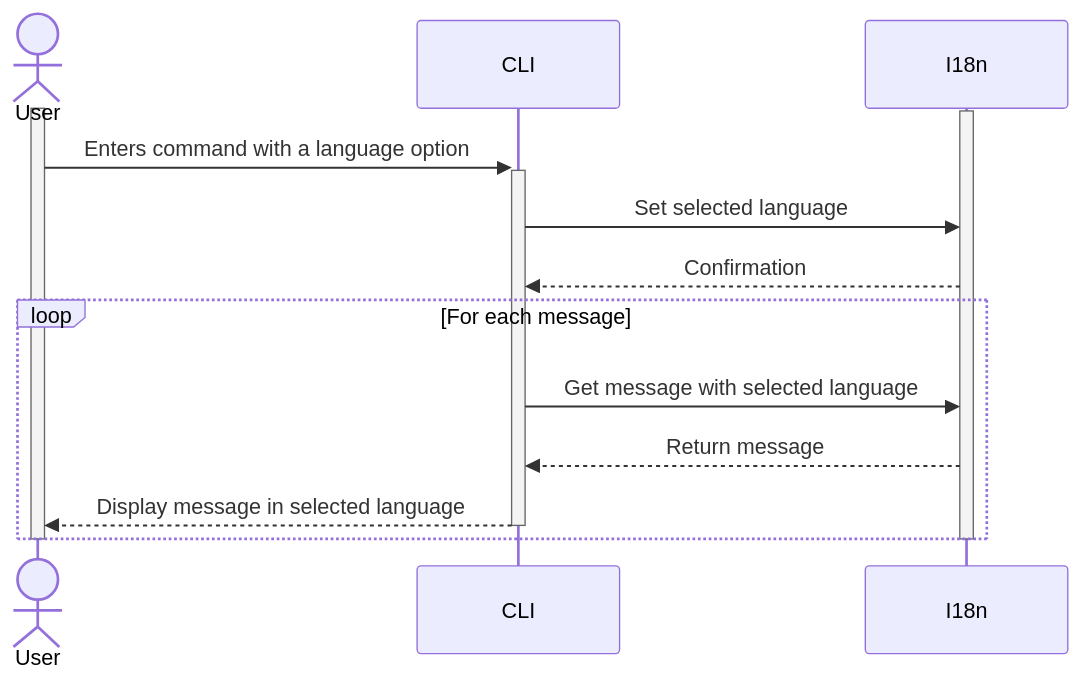
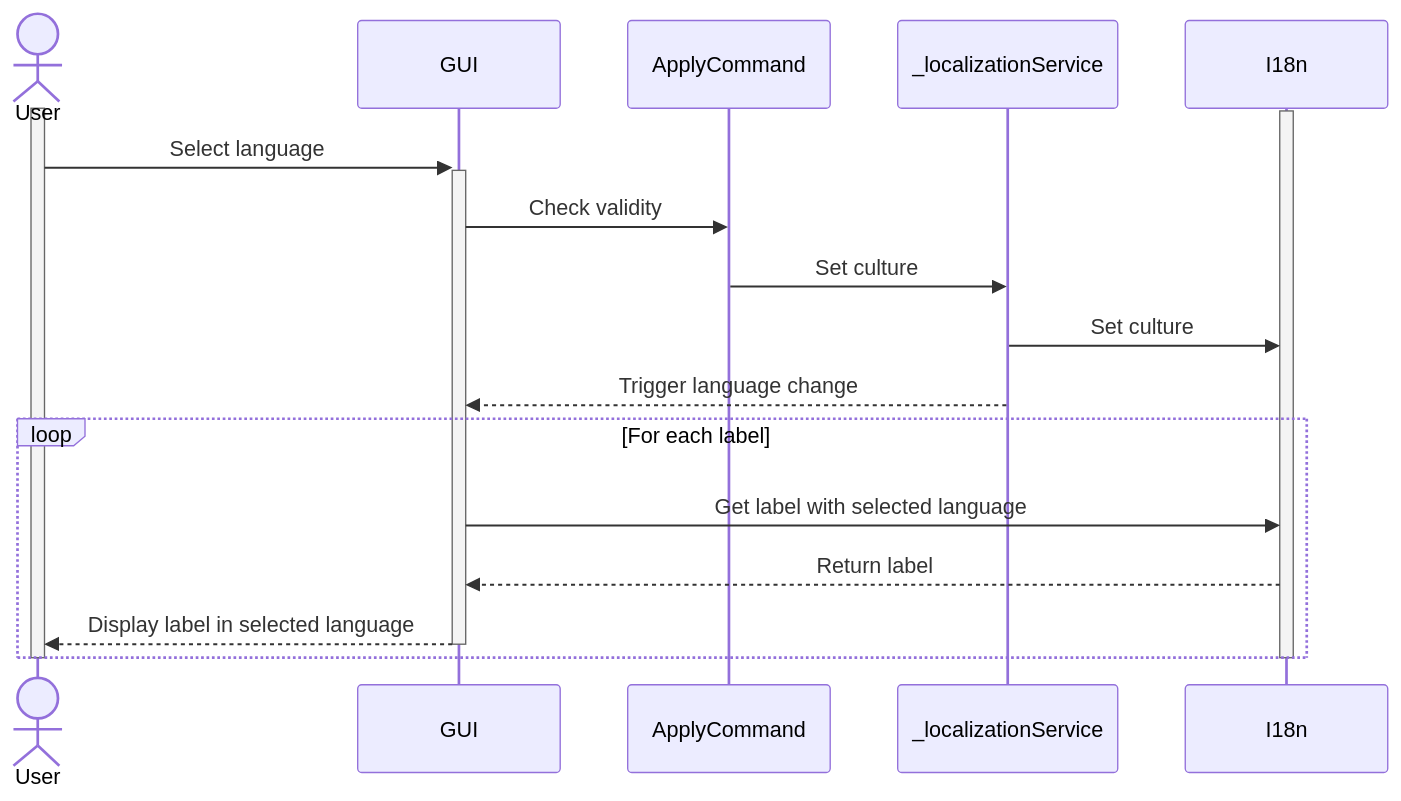
Before and after one commit to kellianb/FISE_A3_SE_BECHTEL: the third of 4 diagrams in README.md, drawn with Mermaid. The commit also changed other lines of this file, not shown here.

Commit message:
updated sequence diagrams

````diff
--- a/README.md
+++ b/README.md
@@ -165,19 +115,23 @@
 ```mermaid
     sequenceDiagram
         actor User
-        participant CLI
+        participant GUI
+        participant ApplyCommand
+        participant _localizationService
         participant I18n
 
         activate User
         activate I18n
-        User->>+CLI: Enters command with a language option
-        CLI->>I18n: Set selected language
-        I18n-->>CLI: Confirmation
-        loop For each message
-            CLI->>I18n: Get message with selected language
-            I18n-->>CLI: Return message
-            CLI-->>-User: Display message in selected language
+        User->>+GUI: Select language
+        GUI->>ApplyCommand: Check validity
+        ApplyCommand->>_localizationService: Set culture
+        _localizationService->>I18n: Set culture
+        _localizationService-->>GUI: Trigger language change
+        loop For each label
+            GUI->>I18n: Get label with selected language
+            I18n-->>GUI: Return label
+            GUI-->>-User: Display label in selected language
         end
         deactivate I18n
         deactivate User
 ```
````
